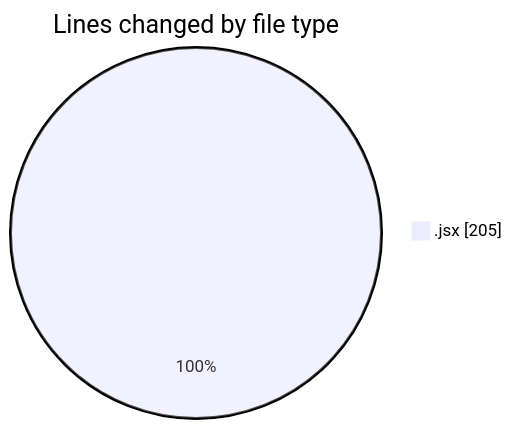
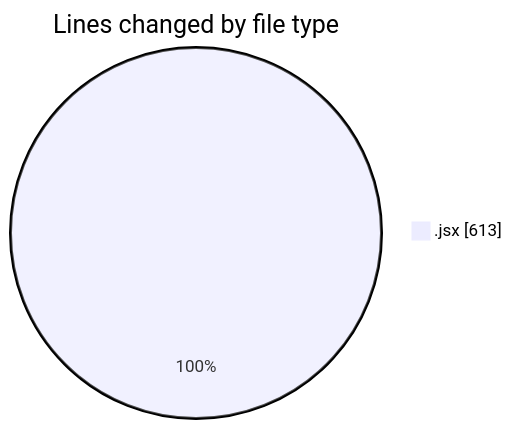
One commit to nxtqubesakshisongat/code-tracking changed the first of 2 diagrams in 2025-07-11/argos/README.md. Above: the diagram before and after it, drawn with Mermaid. The commit also changed other lines of this file and 1 other file, not shown here.

````diff
--- a/2025-07-11/argos/README.md
+++ b/2025-07-11/argos/README.md
@@ -21,5 +22,5 @@
 ```mermaid
 pie showData
 title Lines changed by file type
-".jsx" : 205
+".jsx" : 613
 ```
````
